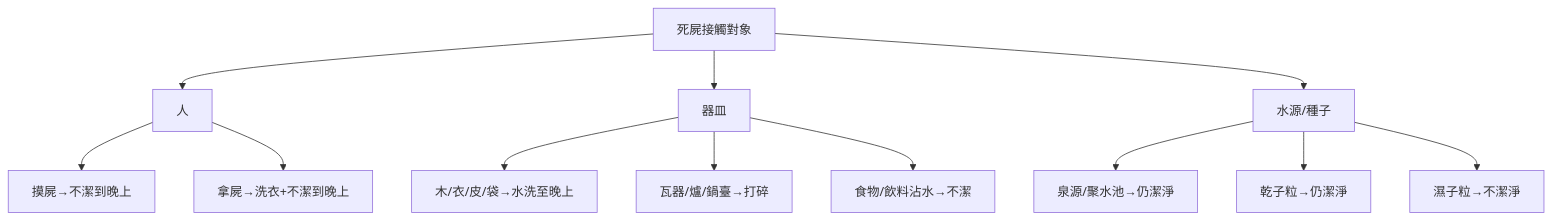
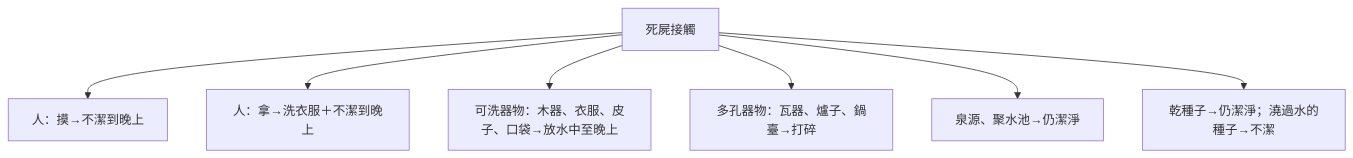
The first of 2 diagrams in 03 利未記/第11章.md (andyjr5566/Bible_wiki_zh), drawn with Mermaid before and after one commit. The commit also changed other lines of this file and 35 other files, not shown here.

````diff
--- a/03 利未記/第11章.md
+++ b/03 利未記/第11章.md
@@ -203,14 +141,9 @@
 ```mermaid
 flowchart TD
-  A[死屍接觸對象] --> B[人]
-  A --> C[器皿]
-  A --> D[水源/種子]
-  B --> B1[摸屍→不潔到晚上]
-  B --> B2[拿屍→洗衣+不潔到晚上]
-  C --> C1[木/衣/皮/袋→水洗至晚上]
-  C --> C2[瓦器/爐/鍋臺→打碎]
-  C --> C3[食物/飲料沾水→不潔]
-  D --> D1[泉源/聚水池→仍潔淨]
-  D --> D2[乾子粒→仍潔淨]
-  D --> D3[濕子粒→不潔淨]
+    A["死屍接觸"] --> B["人：摸→不潔到晚上"]
+    A --> C["人：拿→洗衣服＋不潔到晚上"]
+    A --> D["可洗器物：木器、衣服、皮子、口袋→放水中至晚上"]
+    A --> E["多孔器物：瓦器、爐子、鍋臺→打碎"]
+    A --> F["泉源、聚水池→仍潔淨"]
+    A --> G["乾種子→仍潔淨；澆過水的種子→不潔"]
 ```
````
